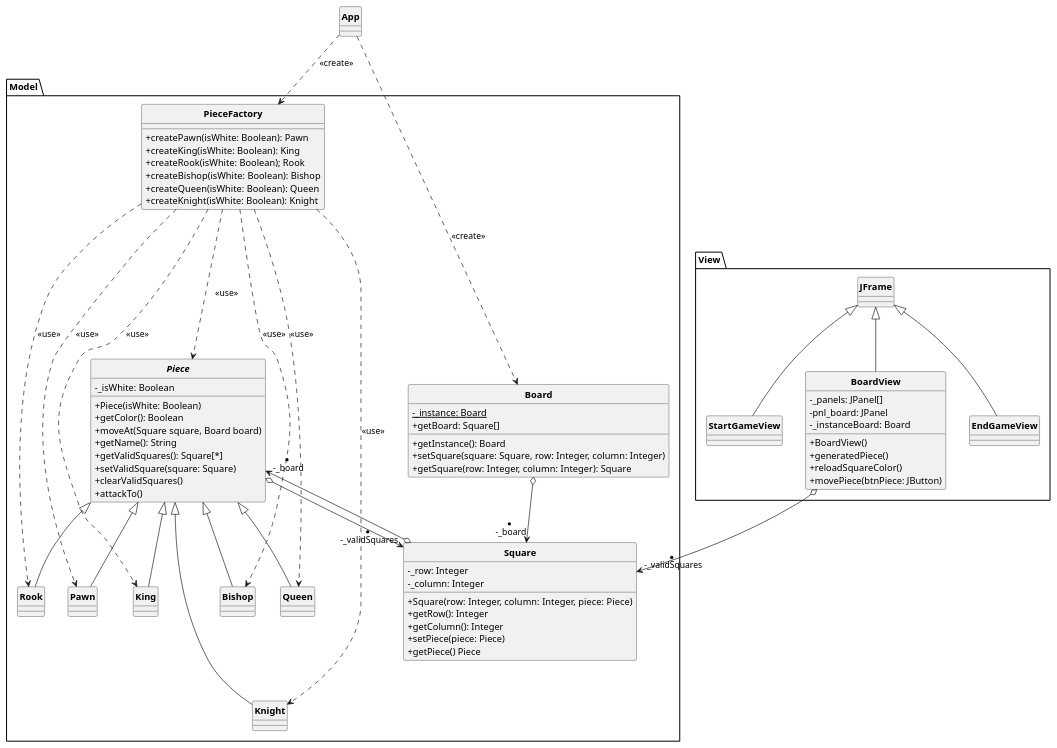
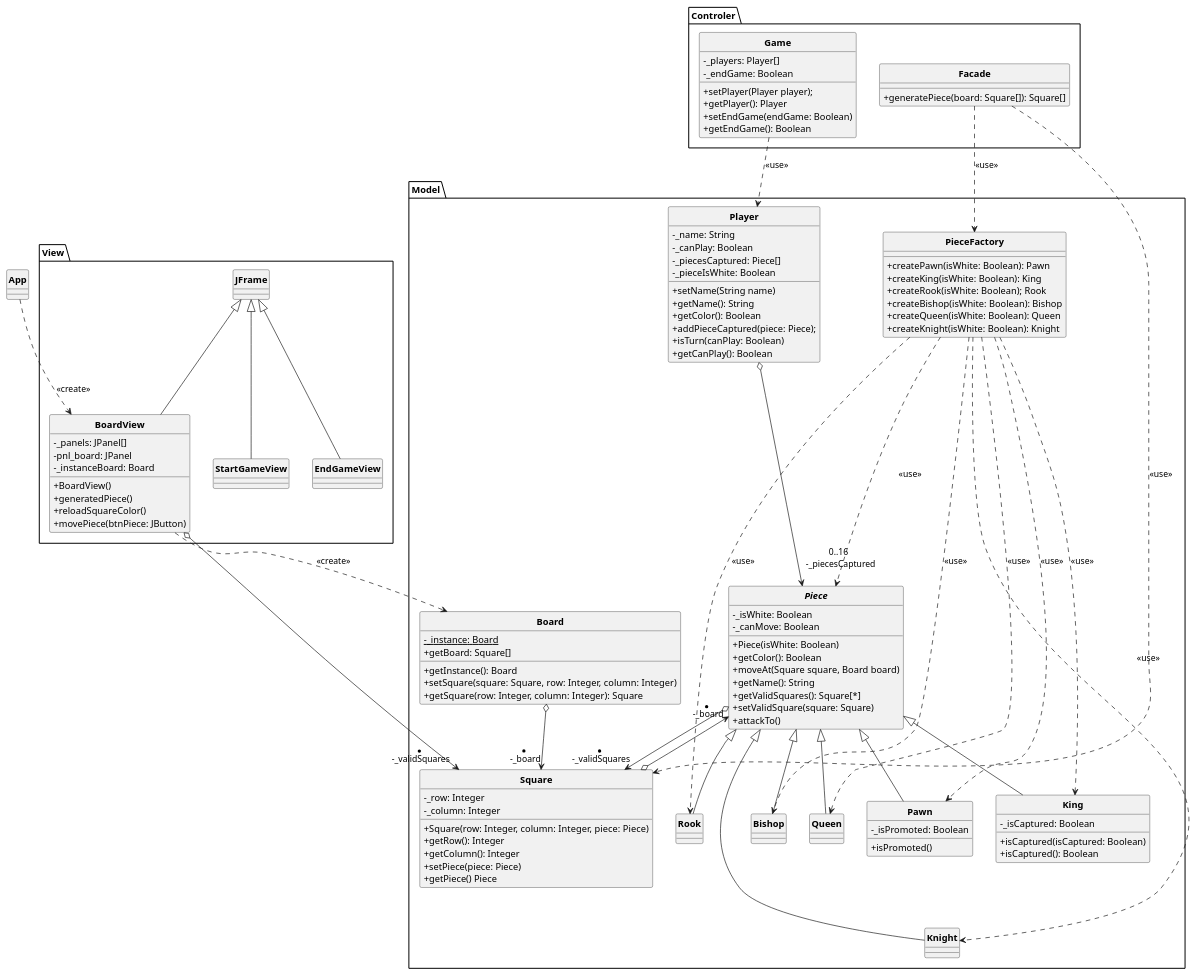
The diagram in UML/Chessgame.puml (MaxDevelo/Chess-Game), drawn with PlantUML before and after one commit. The commit also changed 2 other files, not shown here.

Commit message:
Modification UML: Ajout Player & Game

```diff
--- a/UML/Chessgame.puml
+++ b/UML/Chessgame.puml
@@ -1,111 +1,149 @@
 @startuml
 
 skinparam style strictuml
 skinparam classAttributeIconSize 0
 skinparam classFontStyle Bold
 hide enum methods
 
 
 class App{
 
 }
 
+package Model{
+    class Player{
+    - _name: String
+    - _canPlay: Boolean
+    - _piecesCaptured: Piece[]
+    - _pieceIsWhite: Boolean
+    + setName(String name)
+    + getName(): String
+    + getColor(): Boolean
+    + addPieceCaptured(piece: Piece);
+    + isTurn(canPlay: Boolean)
+    + getCanPlay(): Boolean
+    }
 
-package Model{
     class Board{
     - _instance: Board {static}
     + getInstance(): Board
     + setSquare(square: Square, row: Integer, column: Integer)
     + getSquare(row: Integer, column: Integer): Square
     + getBoard: Square[]
     }
 
     class Square{
     - _row: Integer
     - _column: Integer
     + Square(row: Integer, column: Integer, piece: Piece)
     + getRow(): Integer
     + getColumn(): Integer
     + setPiece(piece: Piece)
     + getPiece() Piece
     }
 
     class PieceFactory{
     + createPawn(isWhite: Boolean): Pawn
     + createKing(isWhite: Boolean): King
     + createRook(isWhite: Boolean); Rook
     + createBishop(isWhite: Boolean): Bishop
     + createQueen(isWhite: Boolean): Queen
     + createKnight(isWhite: Boolean): Knight
     }
 
     abstract Piece{
     - _isWhite: Boolean
+    - _canMove: Boolean
     + Piece(isWhite: Boolean)
     + getColor(): Boolean
     + moveAt(Square square, Board board)
     + getName(): String
     + getValidSquares(): Square[*]
     + setValidSquare(square: Square)
-    + clearValidSquares()
     + attackTo()
     }
 
     class Pawn{
+    - _isPromoted: Boolean
+    + isPromoted()
     }
 
     class King{
+    - _isCaptured: Boolean
+    + isCaptured(isCaptured: Boolean)
+    + isCaptured(): Boolean
     }
 
     class Rook{
     }
 
     class Bishop{
     }
 
     class Queen{
     }
 
     class Knight{
     }
 
 }
 
 package View{
 class StartGameView extends JFrame{
 
 }
 class  BoardView extends JFrame{
     - _panels: JPanel[]
     - pnl_board: JPanel
     - _instanceBoard: Board
     + BoardView()
     + generatedPiece()
     + reloadSquareColor()
     + movePiece(btnPiece: JButton)
 }
 class EndGameView extends JFrame{
 
 }
 }
+
+package Controler{
+    class Facade{
+    + generatePiece(board: Square[]): Square[]
+    }
+
+    class Game{
+    - _players: Player[]
+    - _endGame: Boolean
+
+    + setPlayer(Player player);
+    + getPlayer(): Player
+    + setEndGame(endGame: Boolean)
+    + getEndGame(): Boolean
+    }
+
+}
+App ..> BoardView : <<create>>
 BoardView o--> "* \n -_validSquares" Square
+Facade ..> PieceFactory : <<use>>
+Facade ..> Square : <<use>>
 Square o--> "* \n -_board" Piece
 Board o--> "* \n -_board" Square
 Piece o--> "* \n -_validSquares" Square
-App ..> PieceFactory : <<create>>
-App ..> Board : <<create>>
+BoardView ..> Board : <<create>>
 PieceFactory ...> Piece : <<use>>
 Pawn -u-|> Piece
 King -u-|> Piece
 Rook -u-|> Piece
 Bishop -u-|> Piece
 Queen -u-|> Piece
 Knight -u--|> Piece
 PieceFactory ..> Pawn : <<use>>
 PieceFactory ..> King : <<use>>
 PieceFactory ..> Rook : <<use>>
 PieceFactory ..> Bishop : <<use>>
 PieceFactory ..> Queen : <<use>>
 PieceFactory ..> Knight : <<use>>
+Game ..> Player : <<use>>
+Player o---> "0..16 \n -_piecesCaptured\n" Piece
 
 @enduml
```
